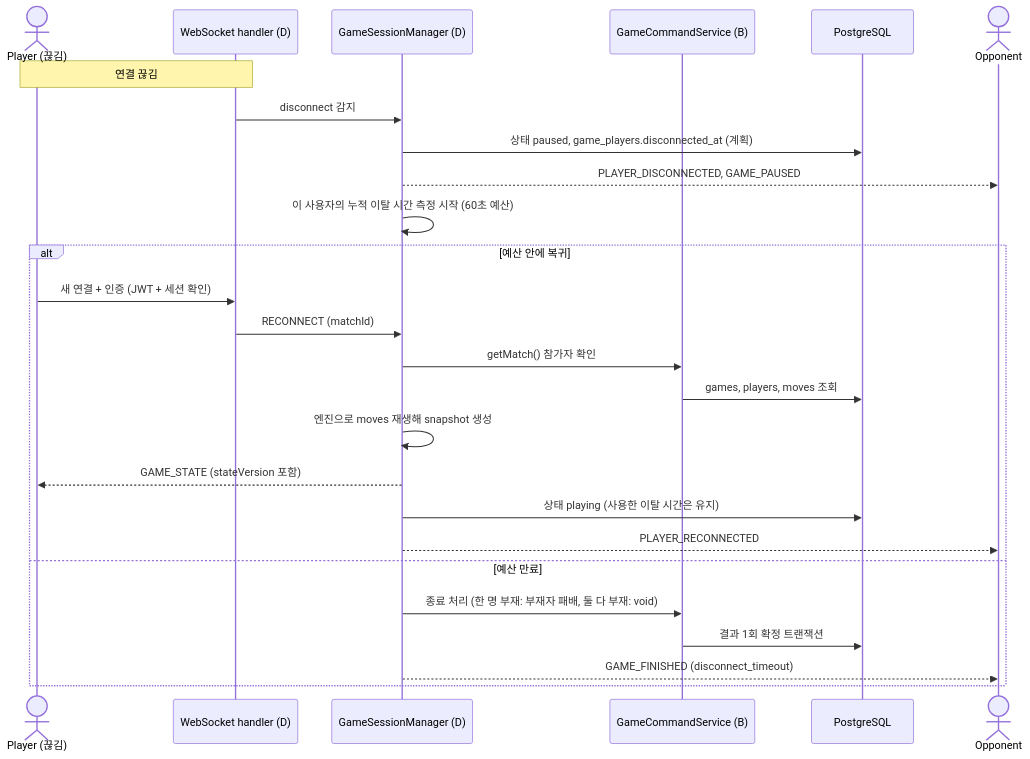
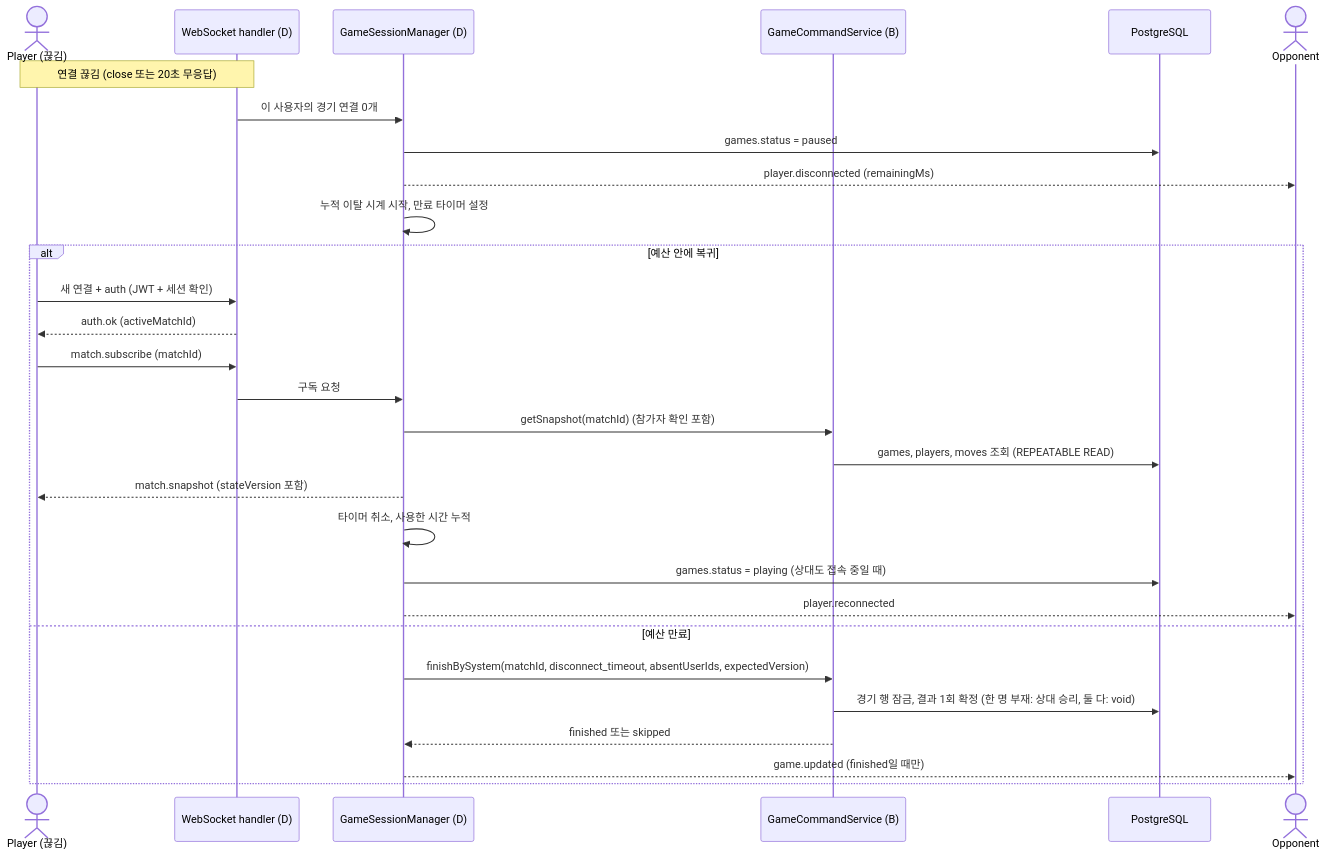
One commit to EscapeFromGyeongsan/ft_transcendence changed diagram 18 of 53 in Document/SDS.md. Above: the diagram before and after it, drawn with Mermaid. The commit also changed other lines of this file, not shown here.

````diff
--- a/Document/SDS.md
+++ b/Document/SDS.md
@@ -940,29 +1088,32 @@
 ```mermaid
 sequenceDiagram
     actor P as Player (끊김)
     participant WS as WebSocket handler (D)
     participant M as GameSessionManager (D)
     participant G as GameCommandService (B)
     participant DB as PostgreSQL
     actor O as Opponent
 
-    Note over P,WS: 연결 끊김
-    WS->>M: disconnect 감지
-    M->>DB: 상태 paused, game_players.disconnected_at (계획)
-    M-->>O: PLAYER_DISCONNECTED, GAME_PAUSED
-    M->>M: 이 사용자의 누적 이탈 시간 측정 시작 (60초 예산)
+    Note over P,WS: 연결 끊김 (close 또는 20초 무응답)
+    WS->>M: 이 사용자의 경기 연결 0개
+    M->>DB: games.status = paused
+    M-->>O: player.disconnected (remainingMs)
+    M->>M: 누적 이탈 시계 시작, 만료 타이머 설정
     alt 예산 안에 복귀
-        P->>WS: 새 연결 + 인증 (JWT + 세션 확인)
-        WS->>M: RECONNECT (matchId)
-        M->>G: getMatch() 참가자 확인
-        G->>DB: games, players, moves 조회
-        M->>M: 엔진으로 moves 재생해 snapshot 생성
-        M-->>P: GAME_STATE (stateVersion 포함)
-        M->>DB: 상태 playing (사용한 이탈 시간은 유지)
-        M-->>O: PLAYER_RECONNECTED
+        P->>WS: 새 연결 + auth (JWT + 세션 확인)
+        WS-->>P: auth.ok (activeMatchId)
+        P->>WS: match.subscribe (matchId)
+        WS->>M: 구독 요청
+        M->>G: getSnapshot(matchId) (참가자 확인 포함)
+        G->>DB: games, players, moves 조회 (REPEATABLE READ)
+        M-->>P: match.snapshot (stateVersion 포함)
+        M->>M: 타이머 취소, 사용한 시간 누적
+        M->>DB: games.status = playing (상대도 접속 중일 때)
+        M-->>O: player.reconnected
     else 예산 만료
-        M->>G: 종료 처리 (한 명 부재: 부재자 패배, 둘 다 부재: void)
-        G->>DB: 결과 1회 확정 트랜잭션
-        M-->>O: GAME_FINISHED (disconnect_timeout)
+        M->>G: finishBySystem(matchId, disconnect_timeout, absentUserIds, expectedVersion)
+        G->>DB: 경기 행 잠금, 결과 1회 확정 (한 명 부재: 상대 승리, 둘 다: void)
+        G-->>M: finished 또는 skipped
+        M-->>O: game.updated (finished일 때만)
     end
 ```
````
